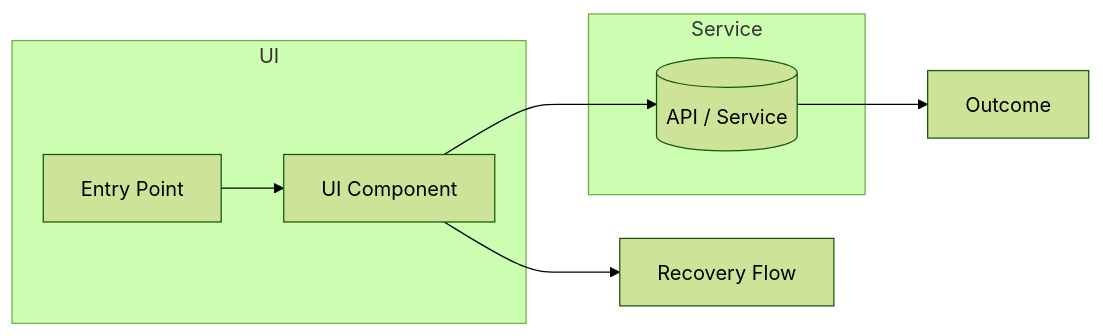
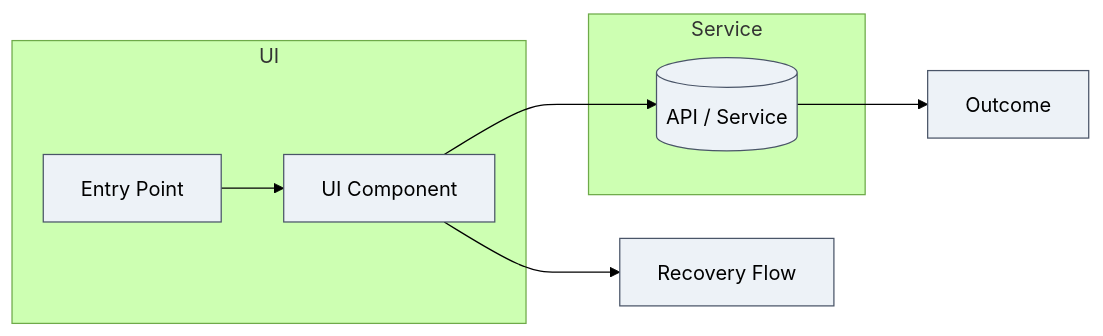
One commit to rkwai/the-way changed the diagram in agent-artifacts/ux/user-flow-map.md. Above: the diagram before and after it, drawn with Mermaid (forest theme). The commit also changed 2 other files, not shown here.

Commit message:
update README.md and add color coding to mermaid.js diagrams

````diff
--- a/agent-artifacts/ux/user-flow-map.md
+++ b/agent-artifacts/ux/user-flow-map.md
@@ -8,14 +11,27 @@
 ```mermaid
 flowchart LR
+    classDef addition fill:#e6ffed,stroke:#047857,stroke-width:2px;
+    classDef deprecation fill:#fee2e2,stroke:#c53030,stroke-width:2px;
+    classDef baseline fill:#edf2f7,stroke:#4a5568,stroke-width:1px;
+
+    %% Mark new touchpoints/components with `addition`, retiring ones with `deprecation`,
+    %% and keep untouched steps as `baseline`.
+
     subgraph UI
         Entry[Entry Point]
         View[UI Component]
     end
     subgraph Service
         API[(API / Service)]
     end
     Entry --> View
     View --> API
     API --> Outcome[Outcome]
     View --> Recovery[Recovery Flow]
+
+    class Entry baseline;
+    class View baseline;
+    class API baseline;
+    class Outcome baseline;
+    class Recovery baseline;
 ```
````
